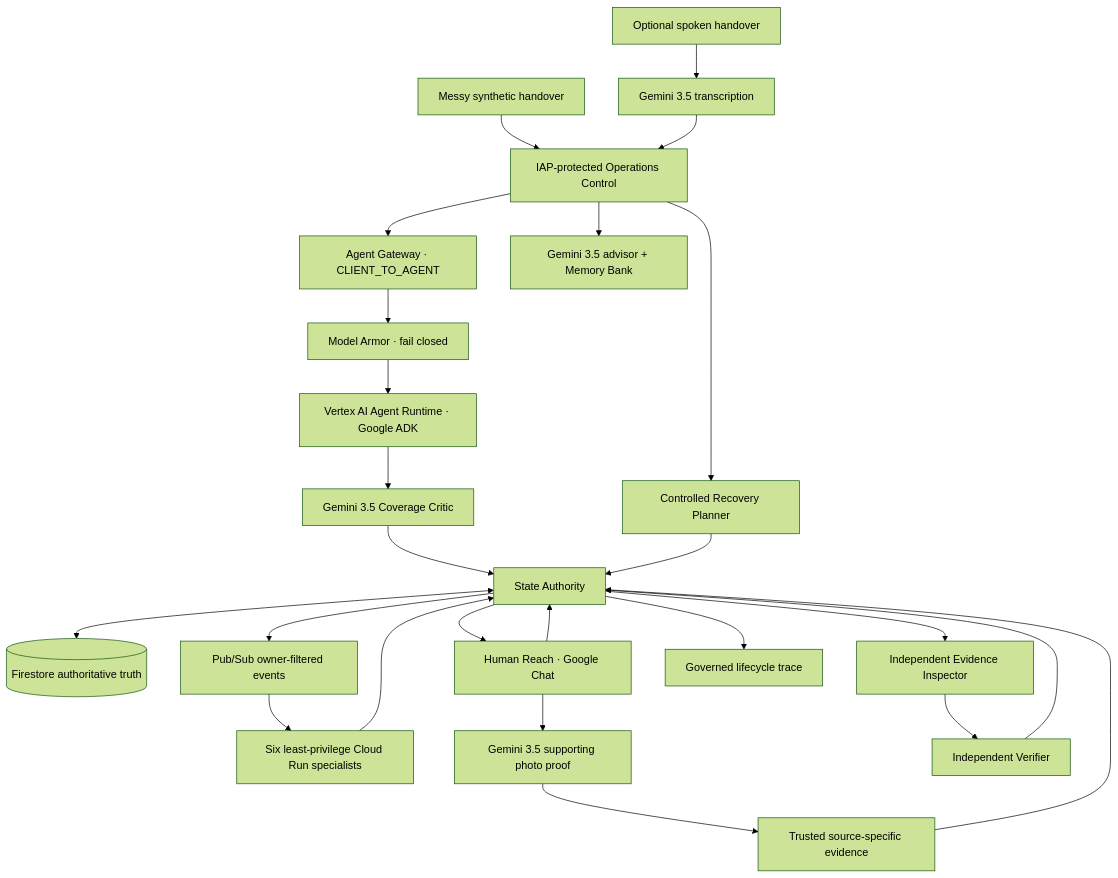
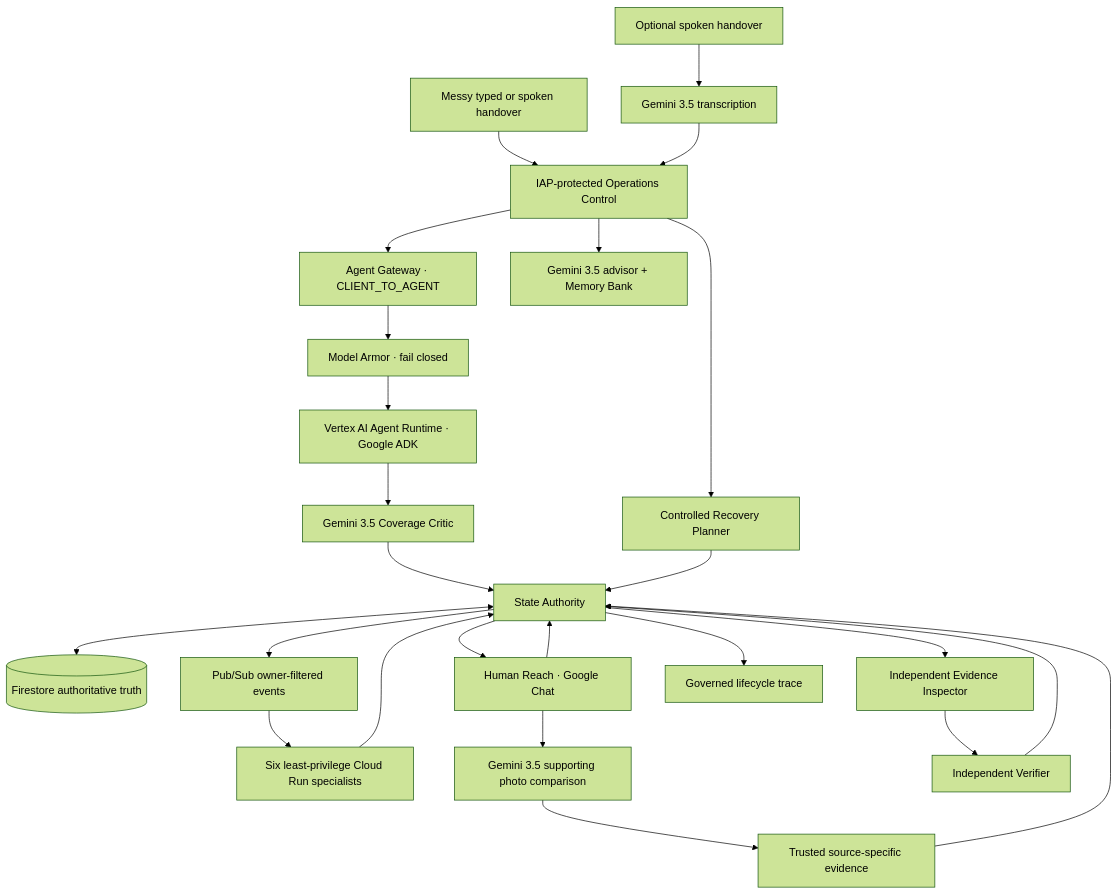
Before and after one commit to Paddyboy76/next-shift: the diagram in README.md, drawn with Mermaid (forest theme). The commit also changed other lines of this file, not shown here.

````diff
--- a/README.md
+++ b/README.md
@@ -37,27 +89,27 @@
 ```mermaid
 flowchart TD
-    H[Messy synthetic handover] --> UI[IAP-protected Operations Control]
+    H[Messy typed or spoken handover] --> UI[IAP-protected Operations Control]
     AU[Optional spoken handover] --> ST[Gemini 3.5 transcription]
     ST --> UI
     UI --> GW[Agent Gateway · CLIENT_TO_AGENT]
     GW --> MA[Model Armor · fail closed]
     MA --> AR[Vertex AI Agent Runtime · Google ADK]
     AR --> CC[Gemini 3.5 Coverage Critic]
     CC --> SA[State Authority]
     SA <--> FS[(Firestore authoritative truth)]
     SA --> PS[Pub/Sub owner-filtered events]
     PS --> SP[Six least-privilege Cloud Run specialists]
     SP --> SA
     SA --> HR[Human Reach · Google Chat]
     HR --> SA
-    HR --> VP[Gemini 3.5 supporting photo proof]
+    HR --> VP[Gemini 3.5 supporting photo comparison]
     VP --> TE[Trusted source-specific evidence]
     TE --> SA
     SA --> EI[Independent Evidence Inspector]
     EI --> IV[Independent Verifier]
     IV --> SA
     UI --> RP[Controlled Recovery Planner]
     RP --> SA
     UI --> MB[Gemini 3.5 advisor + Memory Bank]
     SA --> TR[Governed lifecycle trace]
 ```
````
